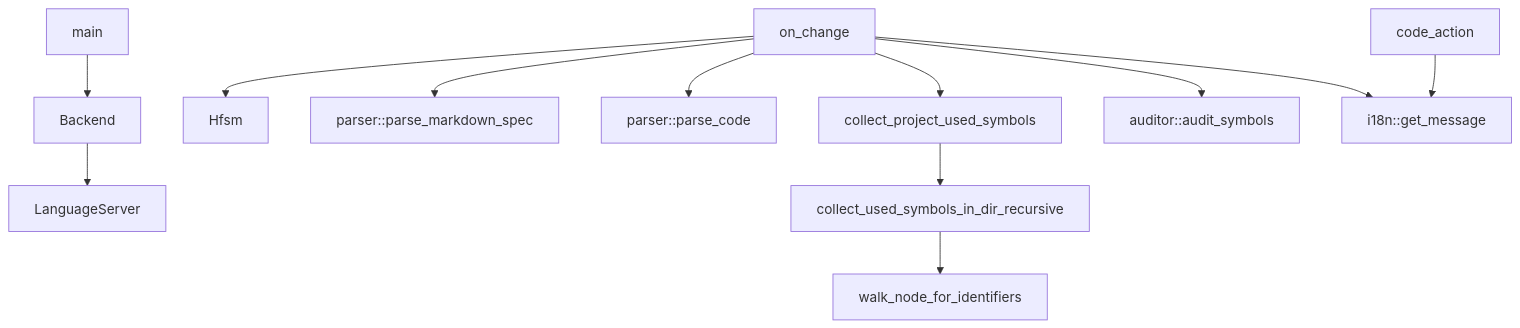
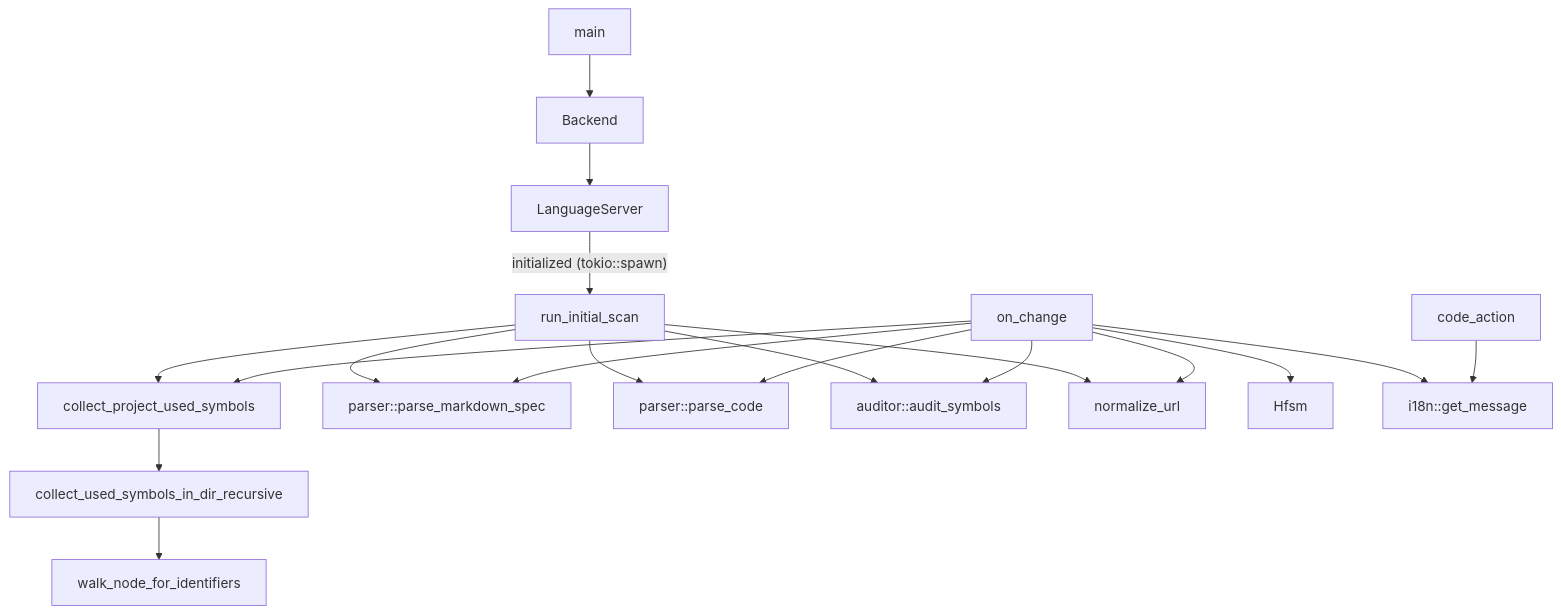
One commit to DovahkiinYuzuko/DocsAuditor changed the diagram in docs/variables'n'functions/[Rust]main.md. Above: the diagram before and after it, drawn with Mermaid. The commit also changed other lines of this file and 6 other files, not shown here.

````diff
--- a/docs/variables'n'functions/[Rust]main.md
+++ b/docs/variables'n'functions/[Rust]main.md
@@ -79,14 +98,21 @@
 ```mermaid
 graph TD
     main --> Backend
     Backend --> LanguageServer
+    LanguageServer -- initialized (tokio::spawn) --> run_initial_scan
+    run_initial_scan --> collect_project_used_symbols
+    run_initial_scan --> parser::parse_markdown_spec
+    run_initial_scan --> parser::parse_code
+    run_initial_scan --> auditor::audit_symbols
+    run_initial_scan --> normalize_url
     on_change --> Hfsm
     on_change --> parser::parse_markdown_spec
     on_change --> parser::parse_code
     on_change --> collect_project_used_symbols
     on_change --> auditor::audit_symbols
     on_change --> i18n::get_message
+    on_change --> normalize_url
     code_action --> i18n::get_message
     collect_project_used_symbols --> collect_used_symbols_in_dir_recursive
     collect_used_symbols_in_dir_recursive --> walk_node_for_identifiers
 ```
````
